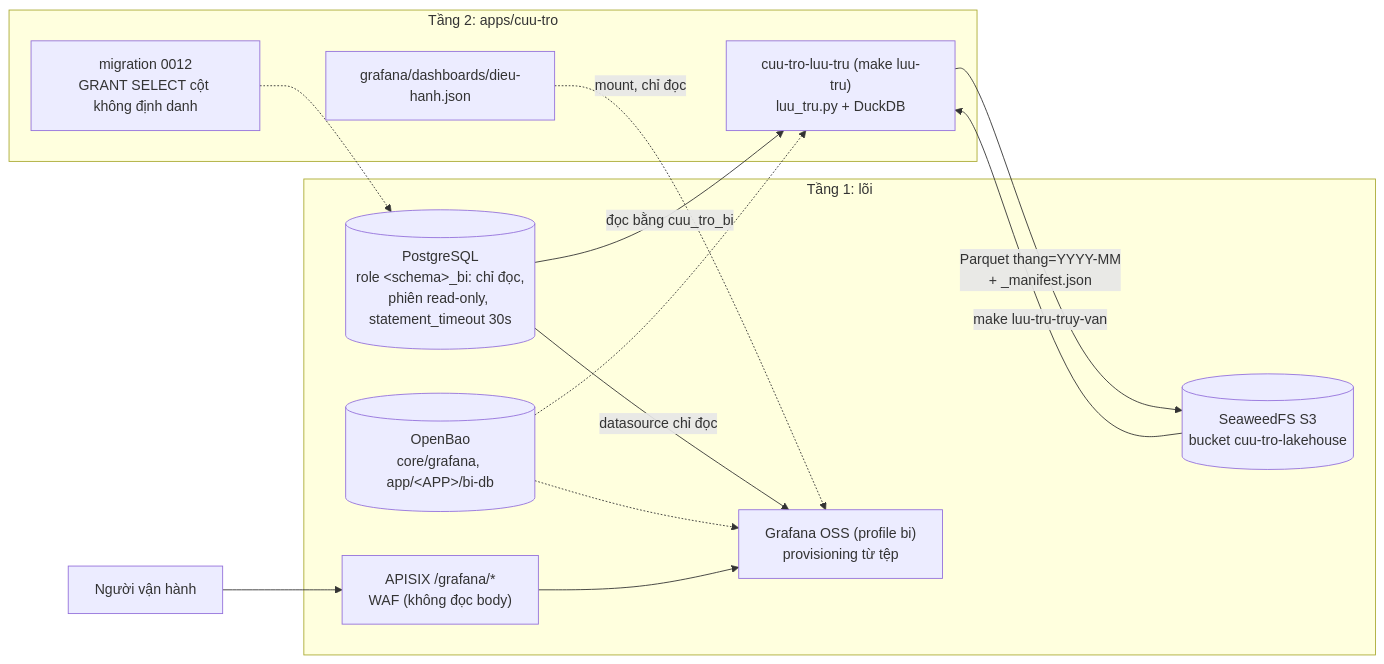
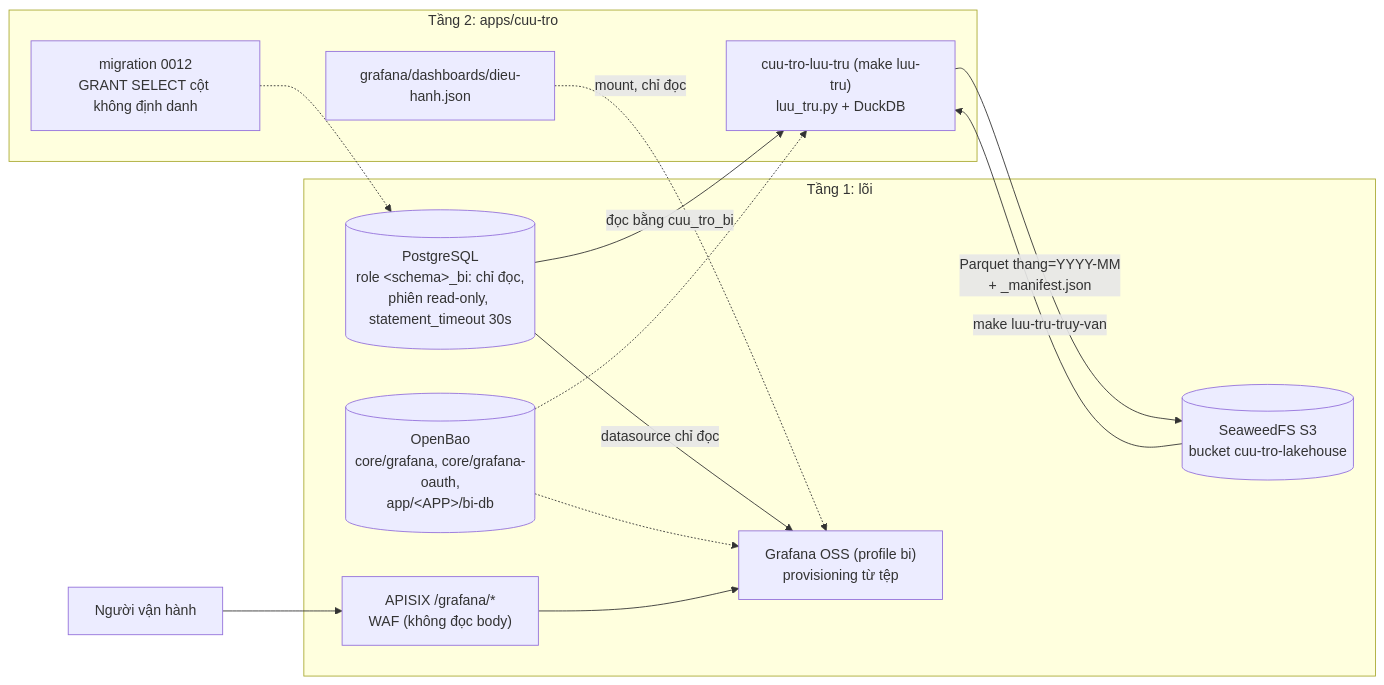
Before and after one commit to disaster-dxos/disaster-dxos: diagram 20 of 22 in docs/architecture.md, drawn with Mermaid. The commit also changed other lines of this file and 23 other files, not shown here.

Commit message:
feat(grafana): đăng nhập SSO Keycloak (generic OAuth, PKCE), vai theo realm, tắt form, admin khẩn cấp từ OpenBao (#126)

````diff
--- a/docs/architecture.md
+++ b/docs/architecture.md
@@ -973,23 +973,23 @@
 ```mermaid
 flowchart LR
   subgraph core["Tầng 1: lõi"]
     pg[("PostgreSQL<br/>role &lt;schema&gt;_bi: chỉ đọc,<br/>phiên read-only, statement_timeout 30s")]
     s3[("SeaweedFS S3<br/>bucket cuu-tro-lakehouse")]
     gf["Grafana OSS (profile bi)<br/>provisioning từ tệp"]
     gw["APISIX /grafana/*<br/>WAF (không đọc body)"]
-    bao[("OpenBao<br/>core/grafana, app/&lt;APP&gt;/bi-db")]
+    bao[("OpenBao<br/>core/grafana, core/grafana-oauth,<br/>app/&lt;APP&gt;/bi-db")]
   end
   subgraph app["Tầng 2: apps/cuu-tro"]
     mig["migration 0012<br/>GRANT SELECT cột không định danh"]
     lt["cuu-tro-luu-tru (make luu-tru)<br/>luu_tru.py + DuckDB"]
     dash["grafana/dashboards/dieu-hanh.json"]
   end
   mig -.-> pg
   pg -->|"đọc bằng cuu_tro_bi"| lt -->|"Parquet thang=YYYY-MM<br/>+ _manifest.json"| s3
   s3 -->|"make luu-tru-truy-van"| lt
   pg -->|"datasource chỉ đọc"| gf
   dash -.->|"mount, chỉ đọc"| gf
   bao -.-> gf
   bao -.-> lt
   nv["Người vận hành"] --> gw --> gf
 ```
````
